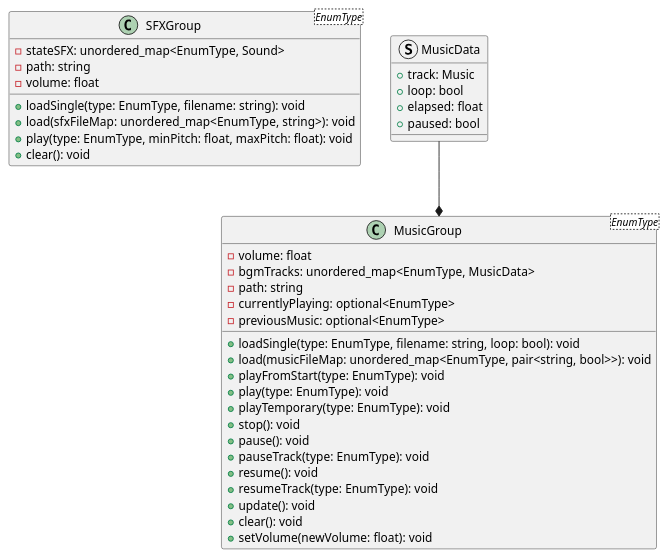
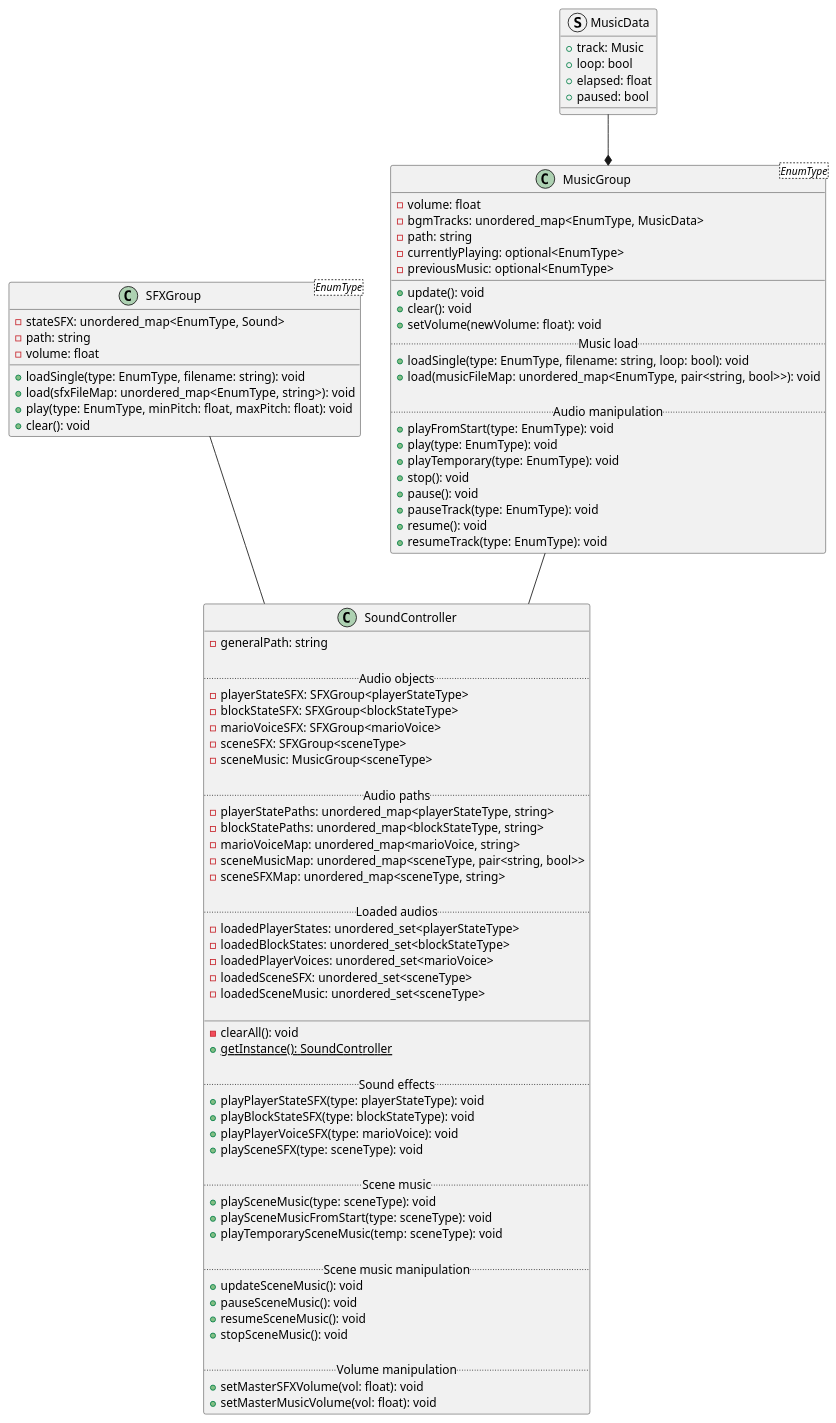
The diagram in uml.wsd (LeDatPhucAn/CS202-Group-05-Mario-Game), drawn with PlantUML before and after one commit.

Commit message:
SoundController.hpp

```diff
--- a/uml.wsd
+++ b/uml.wsd
@@ -1,45 +1,99 @@
 @startuml Audio
 class SFXGroup<EnumType> {
     - stateSFX: unordered_map<EnumType, Sound>
     - path: string
     - volume: float
     
     + loadSingle(type: EnumType, filename: string): void
     + load(sfxFileMap: unordered_map<EnumType, string>): void
     + play(type: EnumType, minPitch: float, maxPitch: float): void
     + clear(): void
 }
 
 struct MusicData {
     + track: Music
     + loop: bool
     + elapsed: float
     + paused: bool
 }
 
 class MusicGroup<EnumType> {
     - volume: float
 	- bgmTracks: unordered_map<EnumType, MusicData>
 	- path: string
 	- currentlyPlaying: optional<EnumType>
 	- previousMusic: optional<EnumType>
-
+	__
+	+ update(): void
+	+ clear(): void
+	+ setVolume(newVolume: float): void
+	.. Music load ..
 	+ loadSingle(type: EnumType, filename: string, loop: bool): void
 	+ load(musicFileMap: unordered_map<EnumType, pair<string, bool>>): void
+
+	.. Audio manipulation ..
 	+ playFromStart(type: EnumType): void
 	+ play(type: EnumType): void
 	+ playTemporary(type: EnumType): void
 	+ stop(): void
 	+ pause(): void
 	+ pauseTrack(type: EnumType): void
 	+ resume(): void
 	+ resumeTrack(type: EnumType): void
-	+ update(): void
-	+ clear(): void
-	+ setVolume(newVolume: float): void
 }
 
 MusicData --* MusicGroup
 
+class SoundController {
+	- generalPath: string
 
+	.. Audio objects ..
+	- playerStateSFX: SFXGroup<playerStateType>
+	- blockStateSFX: SFXGroup<blockStateType>
+	- marioVoiceSFX: SFXGroup<marioVoice>
+	- sceneSFX: SFXGroup<sceneType>
+	- sceneMusic: MusicGroup<sceneType>
+
+	.. Audio paths ..
+	- playerStatePaths: unordered_map<playerStateType, string>
+	- blockStatePaths: unordered_map<blockStateType, string>
+	- marioVoiceMap: unordered_map<marioVoice, string>
+	- sceneMusicMap: unordered_map<sceneType, pair<string, bool>>
+	- sceneSFXMap: unordered_map<sceneType, string>
+
+	.. Loaded audios ..
+	- loadedPlayerStates: unordered_set<playerStateType>
+	- loadedBlockStates: unordered_set<blockStateType>
+	- loadedPlayerVoices: unordered_set<marioVoice>
+	- loadedSceneSFX: unordered_set<sceneType>
+	- loadedSceneMusic: unordered_set<sceneType>
+
+	__
+	- clearAll(): void
+	+ {static} getInstance(): SoundController
+	
+	.. Sound effects ..
+	+ playPlayerStateSFX(type: playerStateType): void
+	+ playBlockStateSFX(type: blockStateType): void
+	+ playPlayerVoiceSFX(type: marioVoice): void
+	+ playSceneSFX(type: sceneType): void
+
+	.. Scene music ..
+	+ playSceneMusic(type: sceneType): void
+	+ playSceneMusicFromStart(type: sceneType): void
+	+ playTemporarySceneMusic(temp: sceneType): void
+
+	.. Scene music manipulation ..
+	+ updateSceneMusic(): void
+	+ pauseSceneMusic(): void
+	+ resumeSceneMusic(): void
+	+ stopSceneMusic(): void
+
+	.. Volume manipulation ..
+	+ setMasterSFXVolume(vol: float): void
+	+ setMasterMusicVolume(vol: float): void
+}
+
+SFXGroup -- SoundController
+MusicGroup -- SoundController
 @enduml
```
